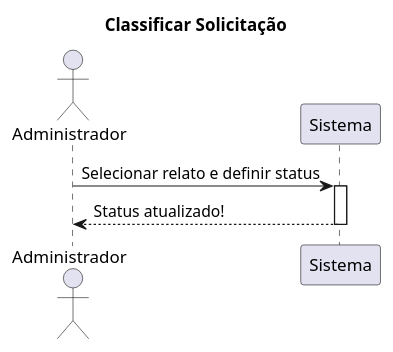
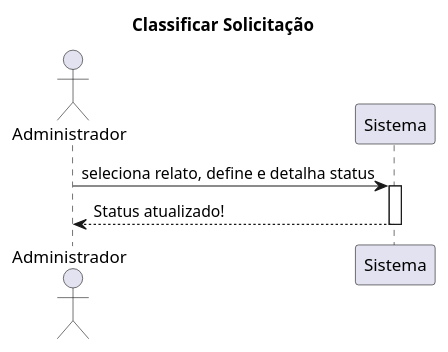
The third of 4 diagrams in SequenceDiagram.md (RenataArdito/Alerta-ADS), drawn with PlantUML before and after one commit. The commit also changed other lines of this file, not shown here.

````diff
--- a/SequenceDiagram.md
+++ b/SequenceDiagram.md
@@ -37,16 +37,16 @@
 ```plantuml
 @startuml
 
 title Classificar Solicitação
 
 actor "Administrador" as admin
 participant "Sistema" as sis
 
-admin -> sis: Selecionar relato e definir status
+admin -> sis: seleciona relato, define e detalha status
 activate sis
 
 sis --> admin: Status atualizado!
 deactivate sis
 
 @enduml
 ```
````
